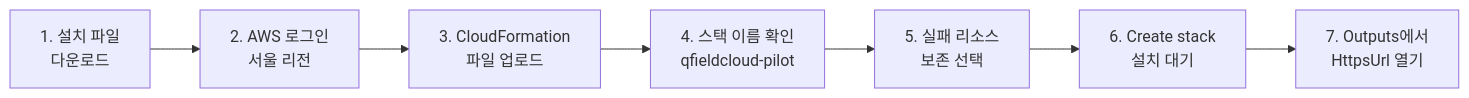
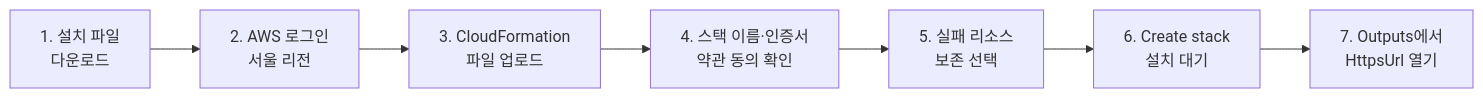
One commit to jusubkim94/qfieldcloud-self-hosting-for-arboreta changed the diagram in README.md. Above: the diagram before and after it, drawn with Mermaid. The commit also changed other lines of this file and 15 other files, not shown here.

````diff
--- a/README.md
+++ b/README.md
@@ -26,9 +27,9 @@
 ```mermaid
 flowchart LR
     A[1. 설치 파일<br/>다운로드] --> B[2. AWS 로그인<br/>서울 리전]
     B --> C[3. CloudFormation<br/>파일 업로드]
-    C --> D[4. 스택 이름 확인<br/>qfieldcloud-pilot]
+    C --> D[4. 스택 이름·인증서<br/>약관 동의 확인]
     D --> E[5. 실패 리소스<br/>보존 선택]
     E --> F[6. Create stack<br/>설치 대기]
     F --> G[7. Outputs에서<br/>HttpsUrl 열기]
 ```
````
